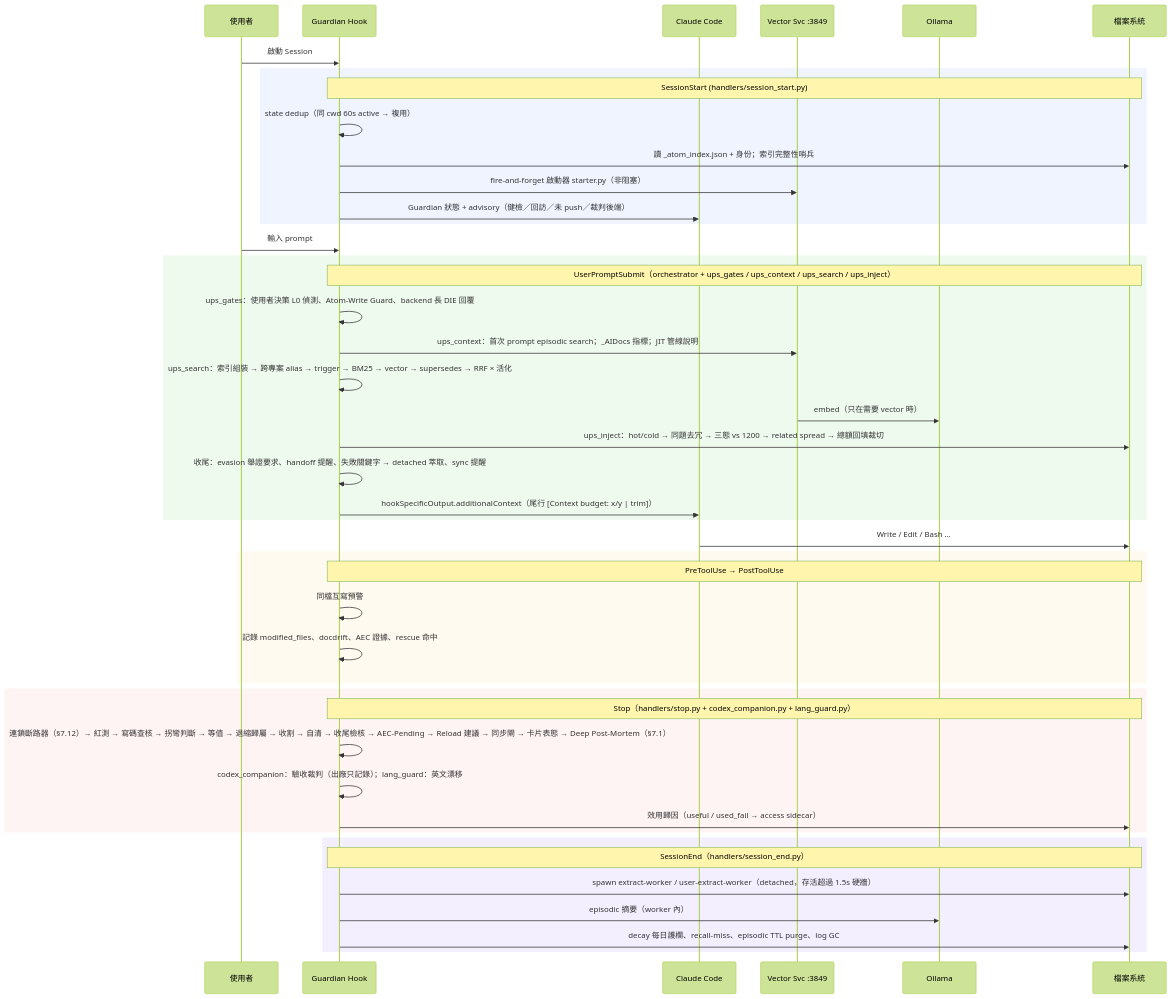
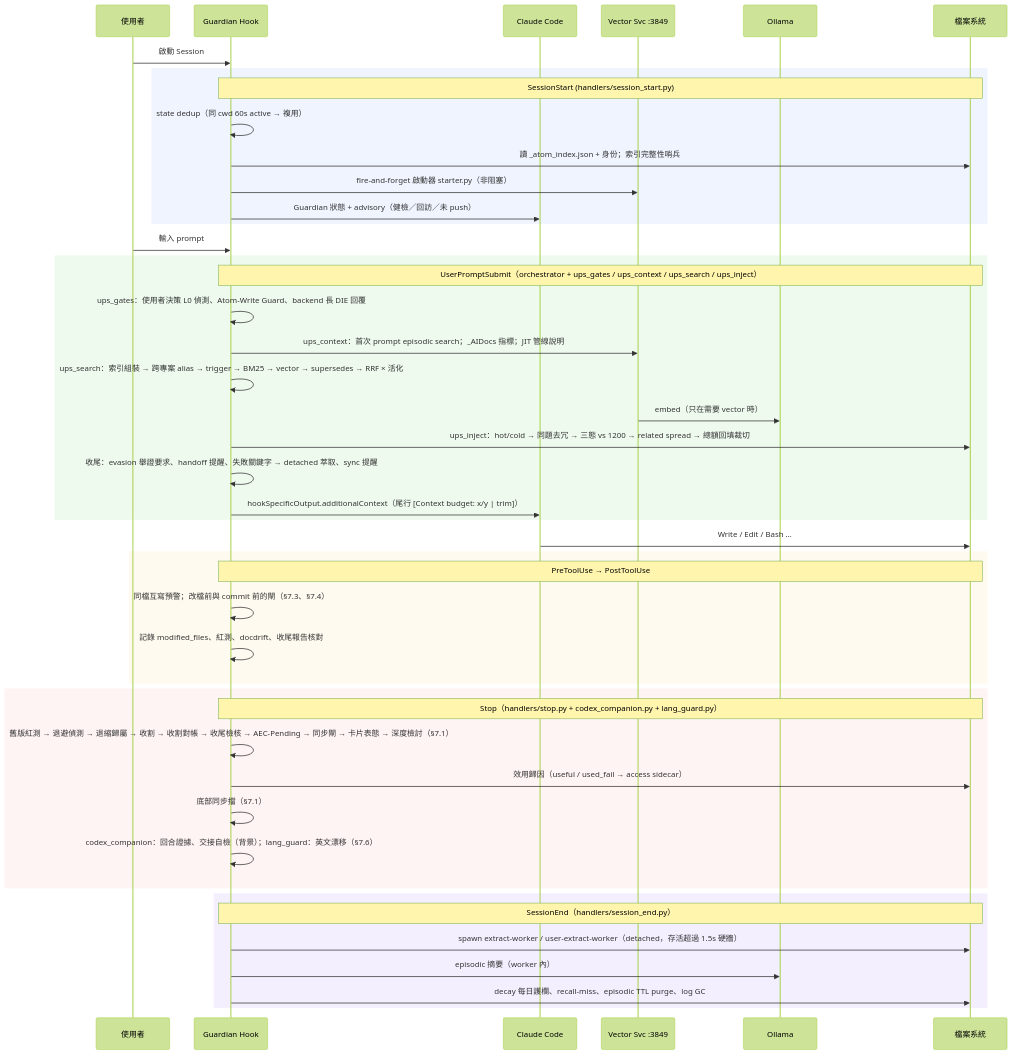
One commit to holylight1979/AtomicMemory-ClaudeCode changed the first of 3 diagrams in TECH.md. Above: the diagram before and after it, drawn with Mermaid (forest theme). The commit also changed other lines of this file and 13 other files, not shown here.

````diff
--- a/TECH.md
+++ b/TECH.md
@@ -282,51 +391,52 @@
 ```mermaid
 sequenceDiagram
     participant U as 使用者
     participant G as Guardian Hook
     participant C as Claude Code
     participant V as Vector Svc :3849
     participant O as Ollama
     participant F as 檔案系統
 
     U->>G: 啟動 Session
     rect rgba(100,150,255,0.1)
         note over G,F: SessionStart (handlers/session_start.py)
         G->>G: state dedup（同 cwd 60s active → 複用）
         G->>F: 讀 _atom_index.json + 身份；索引完整性哨兵
         G->>V: fire-and-forget 啟動器 starter.py（非阻塞）
-        G->>C: Guardian 狀態 + advisory（健檢／回訪／未 push／裁判後端）
+        G->>C: Guardian 狀態 + advisory（健檢／回訪／未 push）
     end
 
     U->>G: 輸入 prompt
     rect rgba(100,200,100,0.1)
         note over G,F: UserPromptSubmit（orchestrator + ups_gates / ups_context / ups_search / ups_inject）
         G->>G: ups_gates：使用者決策 L0 偵測、Atom-Write Guard、backend 長 DIE 回覆
         G->>V: ups_context：首次 prompt episodic search；_AIDocs 指標；JIT 管線說明
         G->>G: ups_search：索引組裝 → 跨專案 alias → trigger → BM25 → vector → supersedes → RRF × 活化
         V->>O: embed（只在需要 vector 時）
         G->>F: ups_inject：hot/cold → 同題去冗 → 三態 vs 1200 → related spread → 總額回填裁切
         G->>G: 收尾：evasion 舉證要求、handoff 提醒、失敗關鍵字 → detached 萃取、sync 提醒
         G->>C: hookSpecificOutput.additionalContext（尾行 [Context budget: x/y | trim]）
     end
 
     C->>F: Write / Edit / Bash …
     rect rgba(255,200,100,0.1)
         note over G,F: PreToolUse → PostToolUse
-        G->>G: 同檔互寫預警
-        G->>G: 記錄 modified_files、docdrift、AEC 證據、rescue 命中
+        G->>G: 同檔互寫預警；改檔前與 commit 前的閘（§7.3、§7.4）
+        G->>G: 記錄 modified_files、紅測、docdrift、收尾報告核對
     end
 
     rect rgba(255,150,150,0.1)
         note over G,F: Stop（handlers/stop.py + codex_companion.py + lang_guard.py）
-        G->>G: 連鎖斷路器（§7.12）→ 紅測 → 寫碼查核 → 拐彎判斷 → 等值 → 退縮歸屬 → 收割 → 自清 → 收尾檢核 → AEC-Pending → Reload 建議 → 同步閘 → 卡片表態 → Deep Post-Mortem（§7.1）
-        G->>G: codex_companion：驗收裁判（出廠只記錄）；lang_guard：英文漂移
+        G->>G: 舊版紅測 → 退避偵測 → 退縮歸屬 → 收割 → 收割對帳 → 收尾檢核 → AEC-Pending → 同步閘 → 卡片表態 → 深度檢討（§7.1）
         G->>F: 效用歸因（useful / used_fail → access sidecar）
+        G->>G: 底部同步擋（§7.1）
+        G->>G: codex_companion：回合證據、交接自檢（背景）；lang_guard：英文漂移（§7.6）
     end
 
     rect rgba(150,100,255,0.1)
         note over G,F: SessionEnd（handlers/session_end.py）
         G->>F: spawn extract-worker / user-extract-worker（detached，存活超過 1.5s 硬牆）
         G->>O: episodic 摘要（worker 內）
         G->>F: decay 每日護欄、recall-miss、episodic TTL purge、log GC
     end
 ```
````
